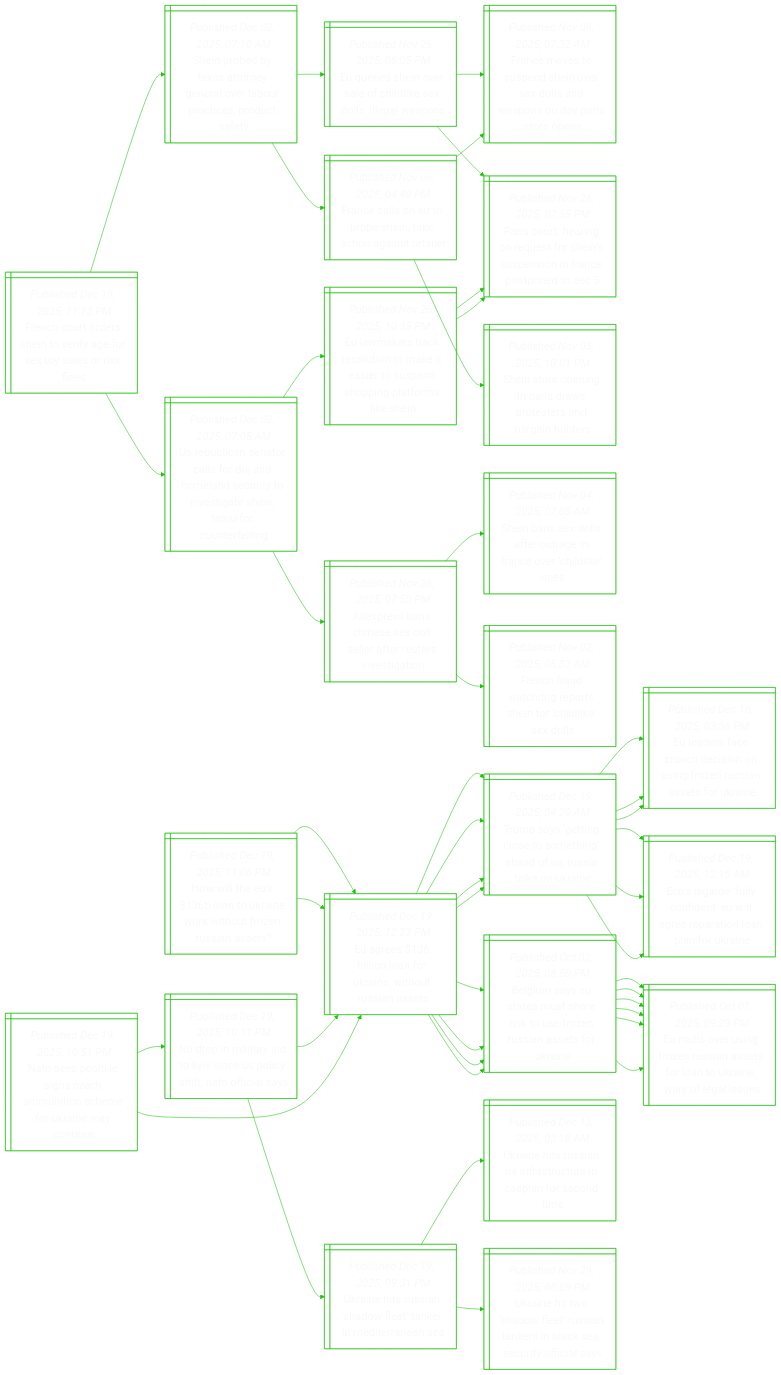
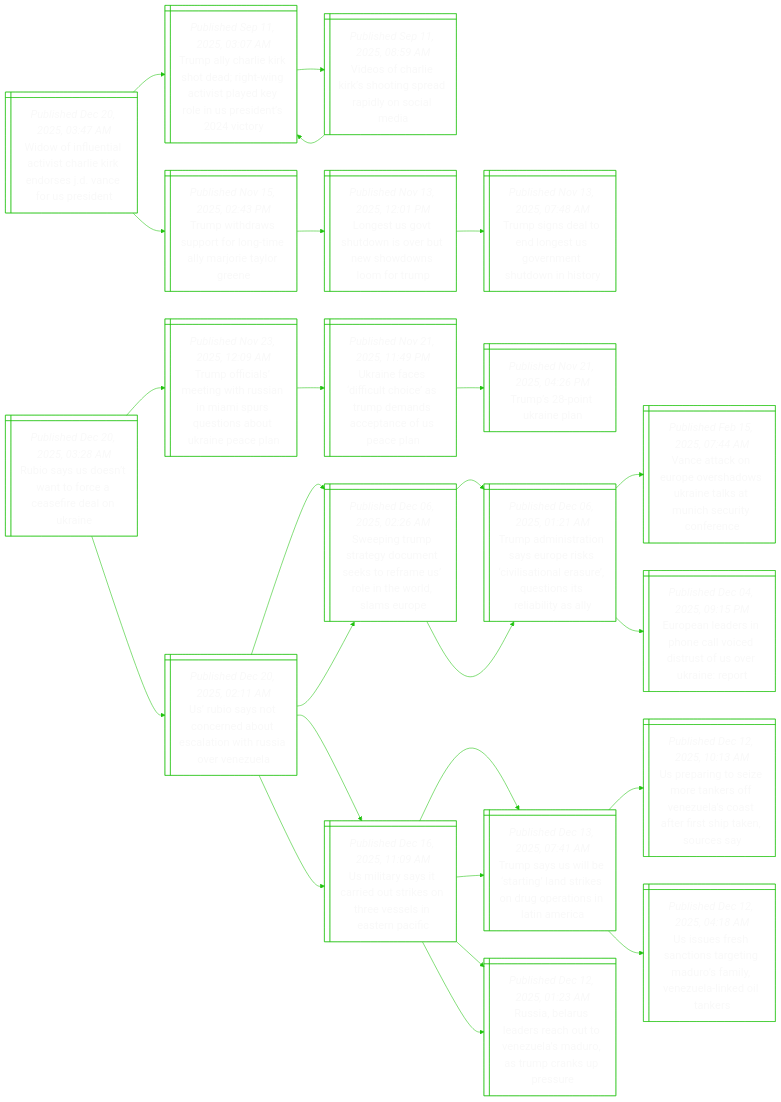
Before and after one commit to notJmes/notJmes: the diagram in README.md, drawn with Mermaid. The commit also changed other lines of this file, not shown here.

````diff
--- a/README.md
+++ b/README.md
@@ -16,142 +16,88 @@
 flowchart LR
 classDef txtsize font-size:20px;
 
-Fhtriearoein@{ shape: win-pane, label: "_Published Dec 19, 2025, 11:13 PM_
-French court orders shein to verify age for sex toy sales or risk fines" }
-Spdxtyreoaeda@{ shape: win-pane, label: "_Published Dec 02, 2025, 07:10 AM_
-Shein probed by texas attorney general over labour practices, product safety" }
-Erhvlhixsga@{ shape: win-pane, label: "_Published Nov 26, 2025, 08:05 PM_
-Eu queries shein over sale of childlike sex dolls, illegal weapons" }
-FessSoelwnairn@{ shape: win-pane, label: "_Published Nov 06, 2025, 07:32 AM_
-France moves to suspend shein over sex dolls and weapons on day paris store opens" }
-PcHnethsninsee@{ shape: win-pane, label: "_Published Nov 26, 2025, 07:55 PM_
-Paris court: hearing on request for shein’s suspension in france postponed to dec 5" }
-Festbieoiee@{ shape: win-pane, label: "_Published Nov 06, 2025, 04:48 PM_
-France calls on eu to probe shein, take action against retailer" }
-FessSoelwnairn@{ shape: win-pane, label: "_Published Nov 06, 2025, 07:32 AM_
-France moves to suspend shein over sex dolls and weapons on day paris store opens" }
-Ssonarrtngus@{ shape: win-pane, label: "_Published Nov 05, 2025, 10:01 PM_
-Shein store opening in paris draws protesters and bargain hunters" }
-Uuaaaoamdrostiuori@{ shape: win-pane, label: "_Published Dec 02, 2025, 07:05 AM_
-Us republican senator calls for doj and homeland security to investigate shein, temu for counterfeiting" }
-Emsrutesoeogflh@{ shape: win-pane, label: "_Published Nov 26, 2025, 10:35 PM_
-Eu lawmakers back resolution to make it easier to suspend shopping platforms like shein" }
-PcHnethsninsee@{ shape: win-pane, label: "_Published Nov 26, 2025, 07:55 PM_
-Paris court: hearing on request for shein’s suspension in france postponed to dec 5" }
-PcHnethsninsee@{ shape: win-pane, label: "_Published Nov 26, 2025, 07:55 PM_
-Paris court: hearing on request for shein’s suspension in france postponed to dec 5" }
-Apbheolfesst@{ shape: win-pane, label: "_Published Nov 26, 2025, 07:50 PM_
-Aliexpress bans chinese sex doll seller after reuters investigation" }
-Sbelerncrdo@{ shape: win-pane, label: "_Published Nov 04, 2025, 07:05 AM_
-Shein bans sex dolls after outrage in france over ‘childlike’ ones" }
-Fhdhesnhixs@{ shape: win-pane, label: "_Published Nov 02, 2025, 05:32 AM_
-French fraud watchdog reports shein for ‘childlike’ sex dolls" }
+WolittlroJcUst@{ shape: win-pane, label: "_Published Dec 20, 2025, 03:47 AM_
+Widow of influential activist charlie kirk endorses j.d. vance for us president" }
+TahesegnipdoUstt@{ shape: win-pane, label: "_Published Sep 11, 2025, 03:07 AM_
+Trump ally charlie kirk shot dead; right-wing activist played key role in us president’s 2024 victory" }
+VsaKsirayce@{ shape: win-pane, label: "_Published Sep 11, 2025, 08:59 AM_
+Videos of charlie kirk’s shooting spread rapidly on social media" }
+TahesegnipdoUstt@{ shape: win-pane, label: "_Published Sep 11, 2025, 03:07 AM_
+Trump ally charlie kirk shot dead; right-wing activist played key role in us president’s 2024 victory" }
+TwrutomyoaGe@{ shape: win-pane, label: "_Published Nov 15, 2025, 02:43 PM_
+Trump withdraws support for long-time ally marjorie taylor greene" }
+Lsounenonmr@{ shape: win-pane, label: "_Published Nov 13, 2025, 12:01 PM_
+Longest us govt shutdown is over but new showdowns loom for trump" }
+Tsdootveuns@{ shape: win-pane, label: "_Published Nov 13, 2025, 07:48 AM_
+Trump signs deal to end longest us government shutdown in history" }
 
-Fhtriearoein:::txtsize --> Spdxtyreoaeda:::txtsize
-Spdxtyreoaeda:::txtsize --> Erhvlhixsga:::txtsize
-Erhvlhixsga:::txtsize --> FessSoelwnairn:::txtsize
-Erhvlhixsga:::txtsize --> PcHnethsninsee:::txtsize
-Spdxtyreoaeda:::txtsize --> Festbieoiee:::txtsize
-Festbieoiee:::txtsize --> FessSoelwnairn:::txtsize
-Festbieoiee:::txtsize --> Ssonarrtngus:::txtsize
-Fhtriearoein:::txtsize --> Uuaaaoamdrostiuori:::txtsize
-Uuaaaoamdrostiuori:::txtsize --> Emsrutesoeogflh:::txtsize
-Emsrutesoeogflh:::txtsize --> PcHnethsninsee:::txtsize
-Emsrutesoeogflh:::txtsize --> PcHnethsninsee:::txtsize
-Uuaaaoamdrostiuori:::txtsize --> Apbheolfesst:::txtsize
-Apbheolfesst:::txtsize --> Sbelerncrdo:::txtsize
-Apbheolfesst:::txtsize --> Fhdhesnhixs:::txtsize
+WolittlroJcUst:::txtsize --> TahesegnipdoUstt:::txtsize
+TahesegnipdoUstt:::txtsize --> VsaKsirayce:::txtsize
+VsaKsirayce:::txtsize --> TahesegnipdoUstt:::txtsize
+WolittlroJcUst:::txtsize --> TwrutomyoaGe:::txtsize
+TwrutomyoaGe:::txtsize --> Lsounenonmr:::txtsize
+Lsounenonmr:::txtsize --> Tsdootveuns:::txtsize
 
-HlEoUnkoount@{ shape: win-pane, label: "_Published Dec 19, 2025, 11:06 PM_
-How will the eu’s $136b loan to ukraine work without frozen russian assets?" }
-Eelloaitis@{ shape: win-pane, label: "_Published Dec 19, 2025, 12:23 PM_
-Eu agrees $136 billion loan for ukraine, without russian assets" }
-TsegemnaSikke@{ shape: win-pane, label: "_Published Dec 19, 2025, 04:20 AM_
-Trump says ‘getting close to something’ ahead of us, russia talks on ukraine" }
-EdaueosrRaeri@{ shape: win-pane, label: "_Published Dec 18, 2025, 03:36 PM_
-Eu leaders face crunch decision on using frozen russian assets for ukraine" }
-EaeyiElernpoa@{ shape: win-pane, label: "_Published Dec 19, 2025, 12:15 AM_
-Ecb’s lagarde ‘fully confident’ eu will agree reparation loan plan for ukraine" }
-Busauasszsaske@{ shape: win-pane, label: "_Published Oct 02, 2025, 08:50 PM_
-Belgium says eu states must share risk to use frozen russian assets for ukraine" }
-Elrgessfakeoau@{ shape: win-pane, label: "_Published Oct 01, 2025, 09:29 PM_
-Eu mulls over using frozen russian assets for loan to ukraine, wary of legal issues" }
-Elrgessfakeoau@{ shape: win-pane, label: "_Published Oct 01, 2025, 09:29 PM_
-Eu mulls over using frozen russian assets for loan to ukraine, wary of legal issues" }
-Eelloaitis@{ shape: win-pane, label: "_Published Dec 19, 2025, 12:23 PM_
-Eu agrees $136 billion loan for ukraine, without russian assets" }
-TsegemnaSikke@{ shape: win-pane, label: "_Published Dec 19, 2025, 04:20 AM_
-Trump says ‘getting close to something’ ahead of us, russia talks on ukraine" }
-EdaueosrRaeri@{ shape: win-pane, label: "_Published Dec 18, 2025, 03:36 PM_
-Eu leaders face crunch decision on using frozen russian assets for ukraine" }
-EaeyiElernpoa@{ shape: win-pane, label: "_Published Dec 19, 2025, 12:15 AM_
-Ecb’s lagarde ‘fully confident’ eu will agree reparation loan plan for ukraine" }
-Busauasszsaske@{ shape: win-pane, label: "_Published Oct 02, 2025, 08:50 PM_
-Belgium says eu states must share risk to use frozen russian assets for ukraine" }
-Elrgessfakeoau@{ shape: win-pane, label: "_Published Oct 01, 2025, 09:29 PM_
-Eu mulls over using frozen russian assets for loan to ukraine, wary of legal issues" }
-Elrgessfakeoau@{ shape: win-pane, label: "_Published Oct 01, 2025, 09:29 PM_
-Eu mulls over using frozen russian assets for loan to ukraine, wary of legal issues" }
+RsSntreiake@{ shape: win-pane, label: "_Published Dec 20, 2025, 03:28 AM_
+Rubio says us doesn’t want to force a ceasefire deal on ukraine" }
+ToiegRaipuoorpp@{ shape: win-pane, label: "_Published Nov 23, 2025, 12:09 AM_
+Trump officials’ meeting with russian in miami spurs questions about ukraine peace plan" }
+Uneftcrespepp@{ shape: win-pane, label: "_Published Nov 21, 2025, 11:49 PM_
+Ukraine faces ‘difficult choice’ as trump demands acceptance of us peace plan" }
+Tstia@{ shape: win-pane, label: "_Published Nov 21, 2025, 04:26 PM_
+Trump’s 28-point ukraine plan" }
+Uisonocitseea@{ shape: win-pane, label: "_Published Dec 20, 2025, 02:11 AM_
+Us’ rubio says not concerned about escalation with russia over venezuela" }
+Siurymeoarnolu@{ shape: win-pane, label: "_Published Dec 06, 2025, 02:26 AM_
+Sweeping trump strategy document seeks to reframe us’ role in the world, slams europe" }
+Taitariisnaqitiia@{ shape: win-pane, label: "_Published Dec 06, 2025, 01:21 AM_
+Trump administration says europe risks ‘civilisational erasure’, questions its reliability as ally" }
+Uistitktvlanf@{ shape: win-pane, label: "_Published Dec 16, 2025, 11:09 AM_
+Us military says it carried out strikes on three vessels in eastern pacific" }
+TsSbrltsurnama@{ shape: win-pane, label: "_Published Dec 13, 2025, 07:41 AM_
+Trump says us will be ‘starting’ land strikes on drug operations in latin america" }
+RararoVuMouaps@{ shape: win-pane, label: "_Published Dec 12, 2025, 01:23 AM_
+Russia, belarus leaders reach out to venezuela’s maduro, as trump cranks up pressure" }
 
-HlEoUnkoount:::txtsize --> Eelloaitis:::txtsize
-Eelloaitis:::txtsize --> TsegemnaSikke:::txtsize
-TsegemnaSikke:::txtsize --> EdaueosrRaeri:::txtsize
-TsegemnaSikke:::txtsize --> EaeyiElernpoa:::txtsize
-Eelloaitis:::txtsize --> Busauasszsaske:::txtsize
-Busauasszsaske:::txtsize --> Elrgessfakeoau:::txtsize
-Busauasszsaske:::txtsize --> Elrgessfakeoau:::txtsize
-HlEoUnkoount:::txtsize --> Eelloaitis:::txtsize
-Eelloaitis:::txtsize --> TsegemnaSikke:::txtsize
-TsegemnaSikke:::txtsize --> EdaueosrRaeri:::txtsize
-TsegemnaSikke:::txtsize --> EaeyiElernpoa:::txtsize
-Eelloaitis:::txtsize --> Busauasszsaske:::txtsize
-Busauasszsaske:::txtsize --> Elrgessfakeoau:::txtsize
-Busauasszsaske:::txtsize --> Elrgessfakeoau:::txtsize
+RsSntreiake:::txtsize --> ToiegRaipuoorpp:::txtsize
+ToiegRaipuoorpp:::txtsize --> Uneftcrespepp:::txtsize
+Uneftcrespepp:::txtsize --> Tstia:::txtsize
+RsSntreiake:::txtsize --> Uisonocitseea:::txtsize
+Uisonocitseea:::txtsize --> Siurymeoarnolu:::txtsize
+Siurymeoarnolu:::txtsize --> Taitariisnaqitiia:::txtsize
+Uisonocitseea:::txtsize --> Uistitktvlanf:::txtsize
+Uistitktvlanf:::txtsize --> TsSbrltsurnama:::txtsize
+Uistitktvlanf:::txtsize --> RararoVuMouaps:::txtsize
 
-NeseshnnmUncn@{ shape: win-pane, label: "_Published Dec 19, 2025, 10:51 PM_
-Nato sees positive signs czech ammunition scheme for ukraine may continue" }
-NplyosUiiTis@{ shape: win-pane, label: "_Published Dec 19, 2025, 10:11 PM_
-No drop in military aid to kyiv since us policy shift, nato official says" }
-UnsialaiiaS@{ shape: win-pane, label: "_Published Dec 19, 2025, 09:31 PM_
-Ukraine hits russian ‘shadow fleet’ tanker in mediterranean sea" }
-Unsilacipoom@{ shape: win-pane, label: "_Published Dec 13, 2025, 03:18 AM_
-Ukraine hits russian oil infrastructure in caspian for second time" }
-UntaluneBScyca@{ shape: win-pane, label: "_Published Nov 29, 2025, 08:09 PM_
-Ukraine hit two ‘shadow fleet’ russian tankers in black sea, security official says" }
-Eelloaitis@{ shape: win-pane, label: "_Published Dec 19, 2025, 12:23 PM_
-Eu agrees $136 billion loan for ukraine, without russian assets" }
-TsegemnaSikke@{ shape: win-pane, label: "_Published Dec 19, 2025, 04:20 AM_
-Trump says ‘getting close to something’ ahead of us, russia talks on ukraine" }
-Busauasszsaske@{ shape: win-pane, label: "_Published Oct 02, 2025, 08:50 PM_
-Belgium says eu states must share risk to use frozen russian assets for ukraine" }
-Eelloaitis@{ shape: win-pane, label: "_Published Dec 19, 2025, 12:23 PM_
-Eu agrees $136 billion loan for ukraine, without russian assets" }
-TsegemnaSikke@{ shape: win-pane, label: "_Published Dec 19, 2025, 04:20 AM_
-Trump says ‘getting close to something’ ahead of us, russia talks on ukraine" }
-EdaueosrRaeri@{ shape: win-pane, label: "_Published Dec 18, 2025, 03:36 PM_
-Eu leaders face crunch decision on using frozen russian assets for ukraine" }
-EaeyiElernpoa@{ shape: win-pane, label: "_Published Dec 19, 2025, 12:15 AM_
-Ecb’s lagarde ‘fully confident’ eu will agree reparation loan plan for ukraine" }
-Busauasszsaske@{ shape: win-pane, label: "_Published Oct 02, 2025, 08:50 PM_
-Belgium says eu states must share risk to use frozen russian assets for ukraine" }
-Elrgessfakeoau@{ shape: win-pane, label: "_Published Oct 01, 2025, 09:29 PM_
-Eu mulls over using frozen russian assets for loan to ukraine, wary of legal issues" }
-Elrgessfakeoau@{ shape: win-pane, label: "_Published Oct 01, 2025, 09:29 PM_
-Eu mulls over using frozen russian assets for loan to ukraine, wary of legal issues" }
+Uisonocitseea@{ shape: win-pane, label: "_Published Dec 20, 2025, 02:11 AM_
+Us’ rubio says not concerned about escalation with russia over venezuela" }
+Siurymeoarnolu@{ shape: win-pane, label: "_Published Dec 06, 2025, 02:26 AM_
+Sweeping trump strategy document seeks to reframe us’ role in the world, slams europe" }
+Taitariisnaqitiia@{ shape: win-pane, label: "_Published Dec 06, 2025, 01:21 AM_
+Trump administration says europe risks ‘civilisational erasure’, questions its reliability as ally" }
+VakrvaUnkusinn@{ shape: win-pane, label: "_Published Feb 15, 2025, 07:44 AM_
+Vance attack on europe overshadows ukraine talks at munich security conference" }
+EeainletovrRt@{ shape: win-pane, label: "_Published Dec 04, 2025, 09:15 PM_
+European leaders in phone call voiced distrust of us over ukraine: report" }
+Uistitktvlanf@{ shape: win-pane, label: "_Published Dec 16, 2025, 11:09 AM_
+Us military says it carried out strikes on three vessels in eastern pacific" }
+TsSbrltsurnama@{ shape: win-pane, label: "_Published Dec 13, 2025, 07:41 AM_
+Trump says us will be ‘starting’ land strikes on drug operations in latin america" }
+Upgirkfeasespncy@{ shape: win-pane, label: "_Published Dec 12, 2025, 10:13 AM_
+Us preparing to seize more tankers off venezuela’s coast after first ship taken, sources say" }
+Uuennggrmeenik@{ shape: win-pane, label: "_Published Dec 12, 2025, 04:18 AM_
+Us issues fresh sanctions targeting maduro’s family, venezuela-linked oil tankers" }
+RararoVuMouaps@{ shape: win-pane, label: "_Published Dec 12, 2025, 01:23 AM_
+Russia, belarus leaders reach out to venezuela’s maduro, as trump cranks up pressure" }
 
-NeseshnnmUncn:::txtsize --> NplyosUiiTis:::txtsize
-NplyosUiiTis:::txtsize --> UnsialaiiaS:::txtsize
-UnsialaiiaS:::txtsize --> Unsilacipoom:::txtsize
-UnsialaiiaS:::txtsize --> UntaluneBScyca:::txtsize
-NplyosUiiTis:::txtsize --> Eelloaitis:::txtsize
-Eelloaitis:::txtsize --> TsegemnaSikke:::txtsize
-Eelloaitis:::txtsize --> Busauasszsaske:::txtsize
-NeseshnnmUncn:::txtsize --> Eelloaitis:::txtsize
-Eelloaitis:::txtsize --> TsegemnaSikke:::txtsize
-TsegemnaSikke:::txtsize --> EdaueosrRaeri:::txtsize
-TsegemnaSikke:::txtsize --> EaeyiElernpoa:::txtsize
-Eelloaitis:::txtsize --> Busauasszsaske:::txtsize
-Busauasszsaske:::txtsize --> Elrgessfakeoau:::txtsize
-Busauasszsaske:::txtsize --> Elrgessfakeoau:::txtsize
+Uisonocitseea:::txtsize --> Siurymeoarnolu:::txtsize
+Siurymeoarnolu:::txtsize --> Taitariisnaqitiia:::txtsize
+Taitariisnaqitiia:::txtsize --> VakrvaUnkusinn:::txtsize
+Taitariisnaqitiia:::txtsize --> EeainletovrRt:::txtsize
+Uisonocitseea:::txtsize --> Uistitktvlanf:::txtsize
+Uistitktvlanf:::txtsize --> TsSbrltsurnama:::txtsize
+TsSbrltsurnama:::txtsize --> Upgirkfeasespncy:::txtsize
+TsSbrltsurnama:::txtsize --> Uuennggrmeenik:::txtsize
+Uistitktvlanf:::txtsize --> RararoVuMouaps:::txtsize
 
 ```
````
